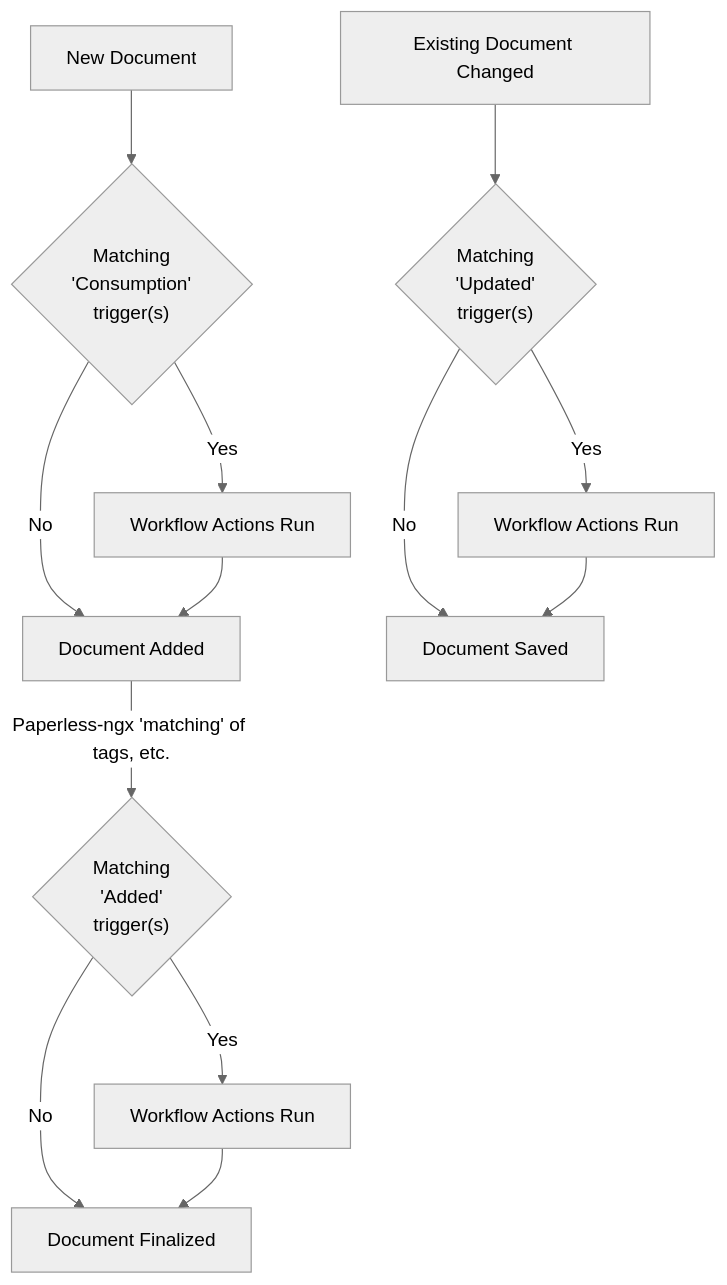
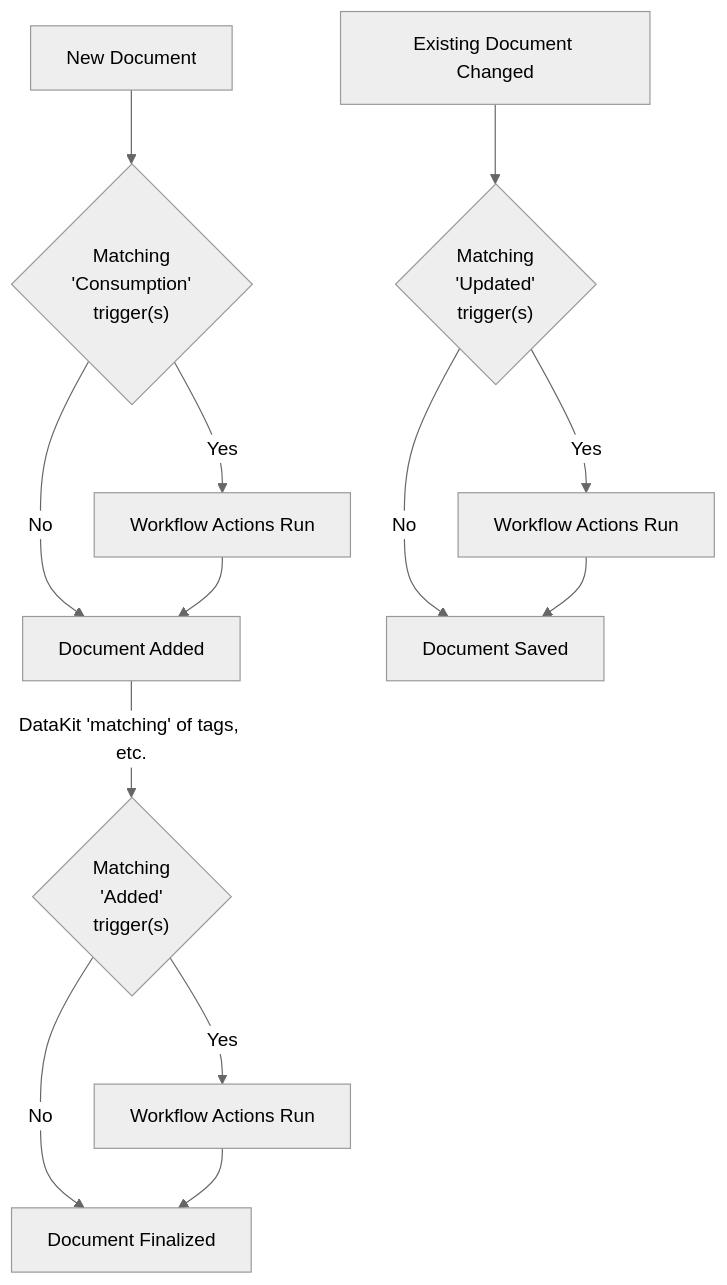
One commit to paperless-ngx/paperless-ngx changed the diagram in docs/usage.md. Above: the diagram before and after it, drawn with Mermaid (neutral theme). The commit also changed other lines of this file and 211 other files, not shown here.

First line of the commit message:
feat: rebrand to DataKit with Gemini color palette

````diff
--- a/docs/usage.md
+++ b/docs/usage.md
@@ -432,27 +432,27 @@
 ```mermaid
 flowchart TD
     consumption{"Matching
     'Consumption'
     trigger(s)"}
 
     added{"Matching
     'Added'
     trigger(s)"}
 
     updated{"Matching
     'Updated'
     trigger(s)"}
 
     A[New Document] --> consumption
     consumption --> |Yes| C[Workflow Actions Run]
     consumption --> |No| D
     C --> D[Document Added]
-    D -- Paperless-ngx 'matching' of tags, etc. --> added
+    D -- DataKit 'matching' of tags, etc. --> added
     added --> |Yes| F[Workflow Actions Run]
     added --> |No| G
     F --> G[Document Finalized]
     H[Existing Document Changed] --> updated
     updated --> |Yes| J[Workflow Actions Run]
     updated --> |No| K
     J --> K[Document Saved]
 ```
````
